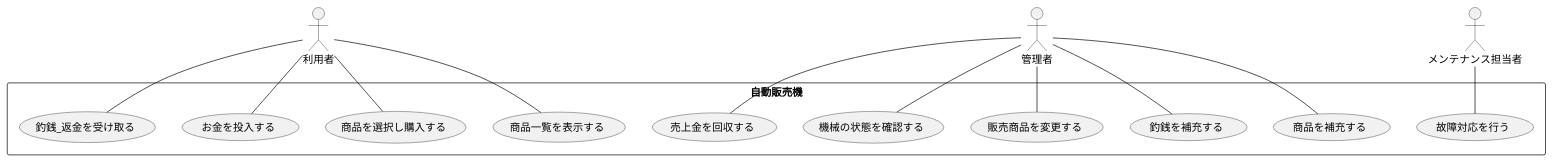
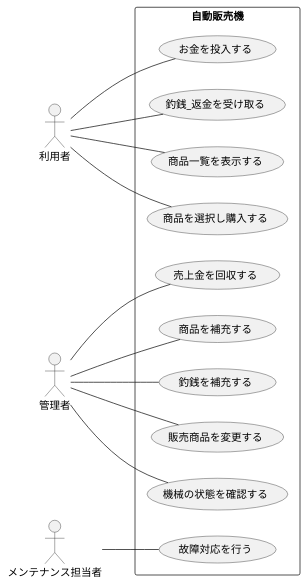
The diagram in ユースケース図/自動販売機_ユースケース図_レビュー後.wsd (masaki-kato-119/VendingMachine), drawn with PlantUML before and after one commit. The commit also changed 2 other files, not shown here.

```diff
--- a/ユースケース図/自動販売機_ユースケース図_レビュー後.wsd
+++ b/ユースケース図/自動販売機_ユースケース図_レビュー後.wsd
@@ -1,25 +1,32 @@
 @startuml
+
+left to right direction
+
+actor 利用者
+actor 管理者
+actor メンテナンス担当者
+
 rectangle 自動販売機 {
     usecase 商品一覧を表示する as UC1
     usecase 商品を選択し購入する as UC2
     usecase お金を投入する as UC8
     usecase 釣銭_返金を受け取る as UC9
     usecase 売上金を回収する  as UC3
     usecase 商品を補充する  as UC4
     usecase 釣銭を補充する  as UC5
     usecase 販売商品を変更する as UC6
     usecase 故障対応を行う as UC7
     usecase 機械の状態を確認する as UC10
 }
 利用者 -- UC1
 利用者 -- UC2
 利用者 -- UC8
 利用者 -- UC9
 管理者 -- UC3
 管理者 -- UC4
 管理者 -- UC5
 管理者 -- UC6
 メンテナンス担当者 -- UC7
 管理者 -- UC10
 
 @enduml
```
